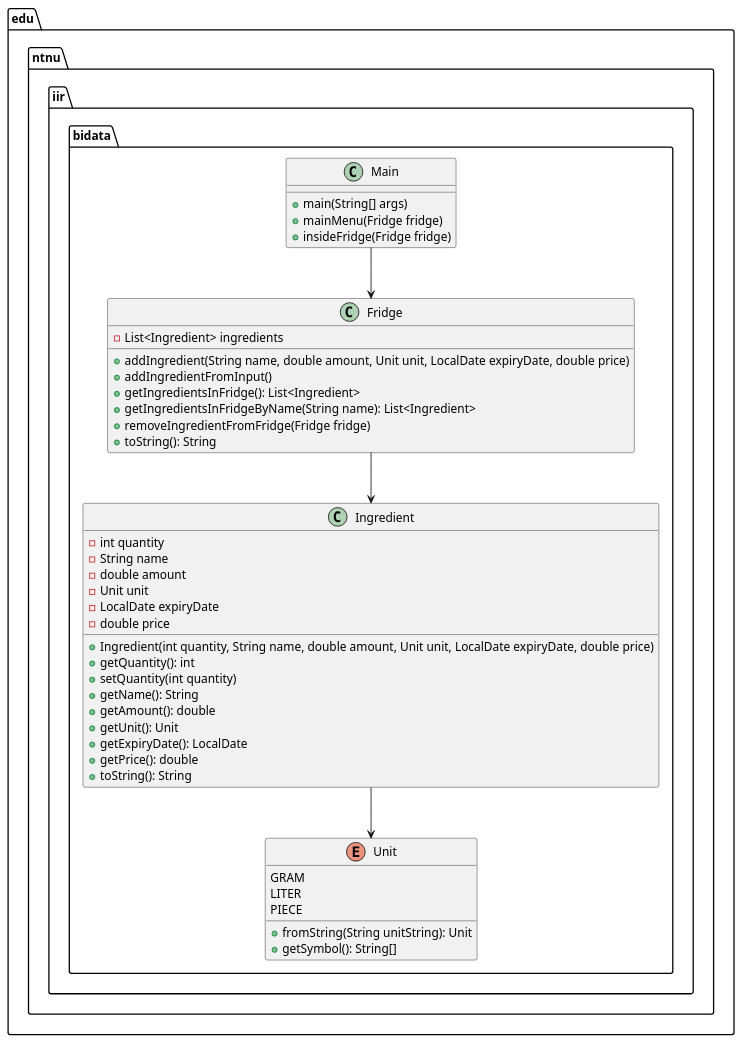
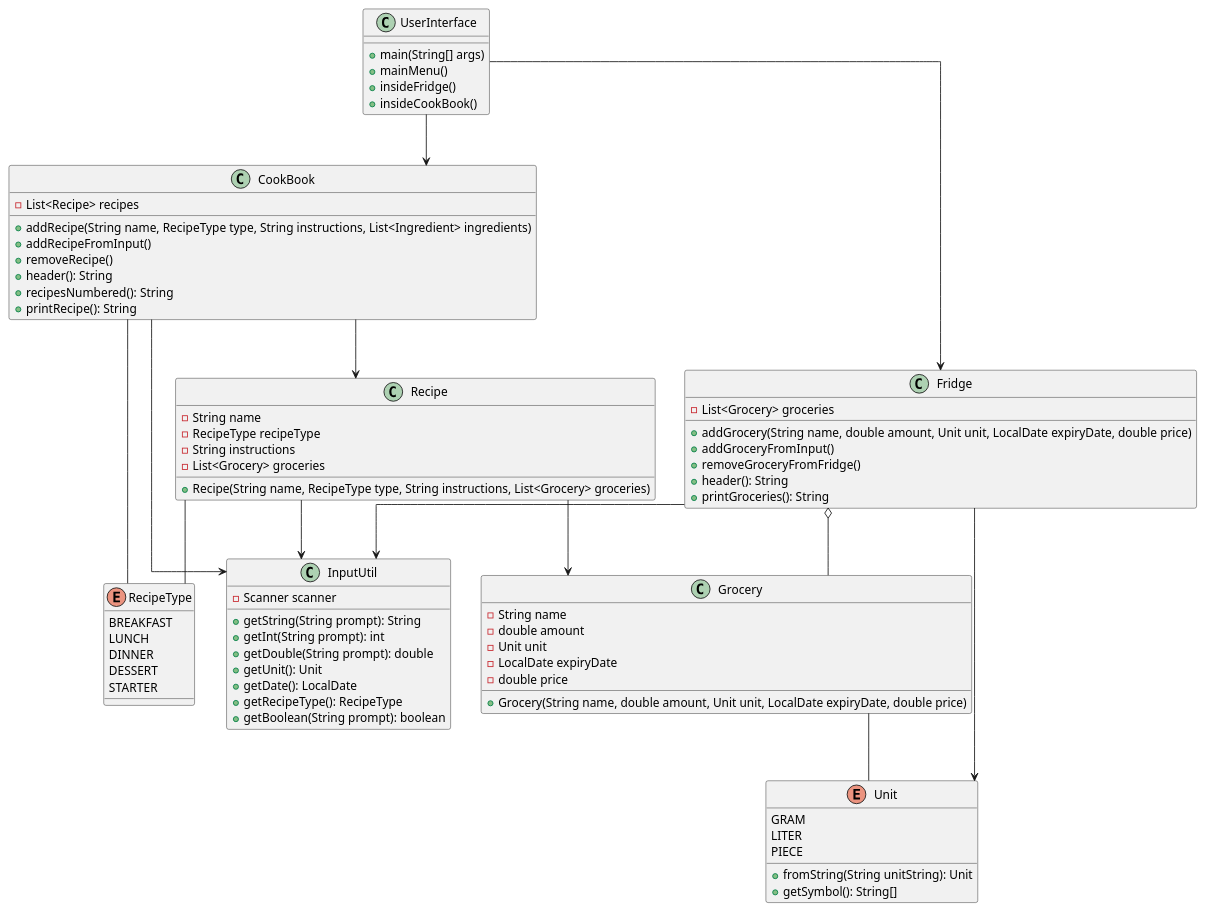
Before and after one commit to NTNU-IDI/idatt1003-mappe-2024-torfoz: the diagram in src/classDiagram.puml, drawn with PlantUML.

Commit message:
edited diagram

```diff
--- a/src/classDiagram.puml
+++ b/src/classDiagram.puml
@@ -1,51 +1,88 @@
 @startuml
 
-package edu.ntnu.iir.bidata {
-  class Main {
-    +main(String[] args)
-    +mainMenu(Fridge fridge)
-    +insideFridge(Fridge fridge)
-  }
-
-  class Fridge {
-    -List<Ingredient> ingredients
-    +addIngredient(String name, double amount, Unit unit, LocalDate expiryDate, double price)
-    +addIngredientFromInput()
-    +getIngredientsInFridge(): List<Ingredient>
-    +getIngredientsInFridgeByName(String name): List<Ingredient>
-    +removeIngredientFromFridge(Fridge fridge)
-    +toString(): String
-  }
-
-  class Ingredient {
-    -int quantity
-    -String name
-    -double amount
-    -Unit unit
-    -LocalDate expiryDate
-    -double price
-    +Ingredient(int quantity, String name, double amount, Unit unit, LocalDate expiryDate, double price)
-    +getQuantity(): int
-    +setQuantity(int quantity)
-    +getName(): String
-    +getAmount(): double
-    +getUnit(): Unit
-    +getExpiryDate(): LocalDate
-    +getPrice(): double
-    +toString(): String
-  }
-
-  enum Unit {
-    GRAM
-    LITER
-    PIECE
-    +fromString(String unitString): Unit
-    +getSymbol(): String[]
-  }
-
-  Main --> Fridge
-  Fridge --> Ingredient
-  Ingredient --> Unit
+class UserInterface {
+  +main(String[] args)
+  +mainMenu()
+  +insideFridge()
+  +insideCookBook()
 }
 
+enum RecipeType {
+  BREAKFAST
+  LUNCH
+  DINNER
+  DESSERT
+  STARTER
+}
+
+enum Unit {
+  GRAM
+  LITER
+  PIECE
+  +fromString(String unitString): Unit
+  +getSymbol(): String[]
+}
+
+class CookBook {
+  -List<Recipe> recipes
+  +addRecipe(String name, RecipeType type, String instructions, List<Ingredient> ingredients)
+  +addRecipeFromInput()
+  +removeRecipe()
+  +header(): String
+  +recipesNumbered(): String
+  +printRecipe(): String
+}
+
+class Fridge {
+  -List<Grocery> groceries
+  +addGrocery(String name, double amount, Unit unit, LocalDate expiryDate, double price)
+  +addGroceryFromInput()
+  +removeGroceryFromFridge()
+  +header(): String
+  +printGroceries(): String
+}
+
+class Grocery {
+  -String name
+  -double amount
+  -Unit unit
+  -LocalDate expiryDate
+  -double price
+  +Grocery(String name, double amount, Unit unit, LocalDate expiryDate, double price)
+}
+
+class Recipe {
+  -String name
+  -RecipeType recipeType
+  -String instructions
+  -List<Grocery> groceries
+  +Recipe(String name, RecipeType type, String instructions, List<Grocery> groceries)
+}
+
+class InputUtil {
+  -Scanner scanner
+  +getString(String prompt): String
+  +getInt(String prompt): int
+  +getDouble(String prompt): double
+  +getUnit(): Unit
+  +getDate(): LocalDate
+  +getRecipeType(): RecipeType
+  +getBoolean(String prompt): boolean
+}
+
+UserInterface --> Fridge
+UserInterface --> CookBook
+Fridge o-- Grocery
+Fridge --> Unit
+Grocery -- Unit
+Recipe -- RecipeType
+CookBook --> Recipe
+CookBook -- RecipeType
+Recipe --> InputUtil
+Fridge --> InputUtil
+CookBook --> InputUtil
+Recipe --> Grocery
+
+skinparam linetype polyline
+skinparam linetype ortho
 @enduml
```
